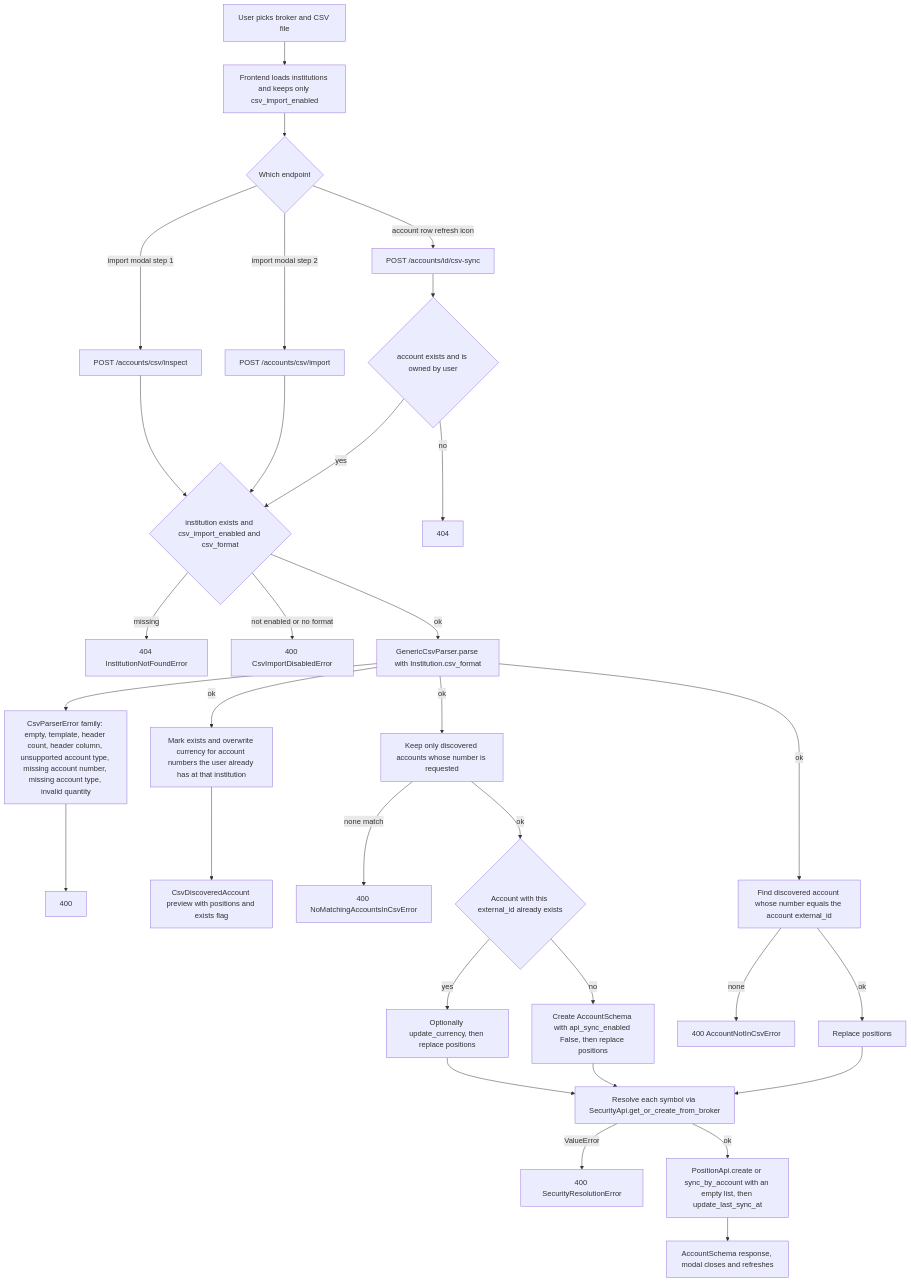
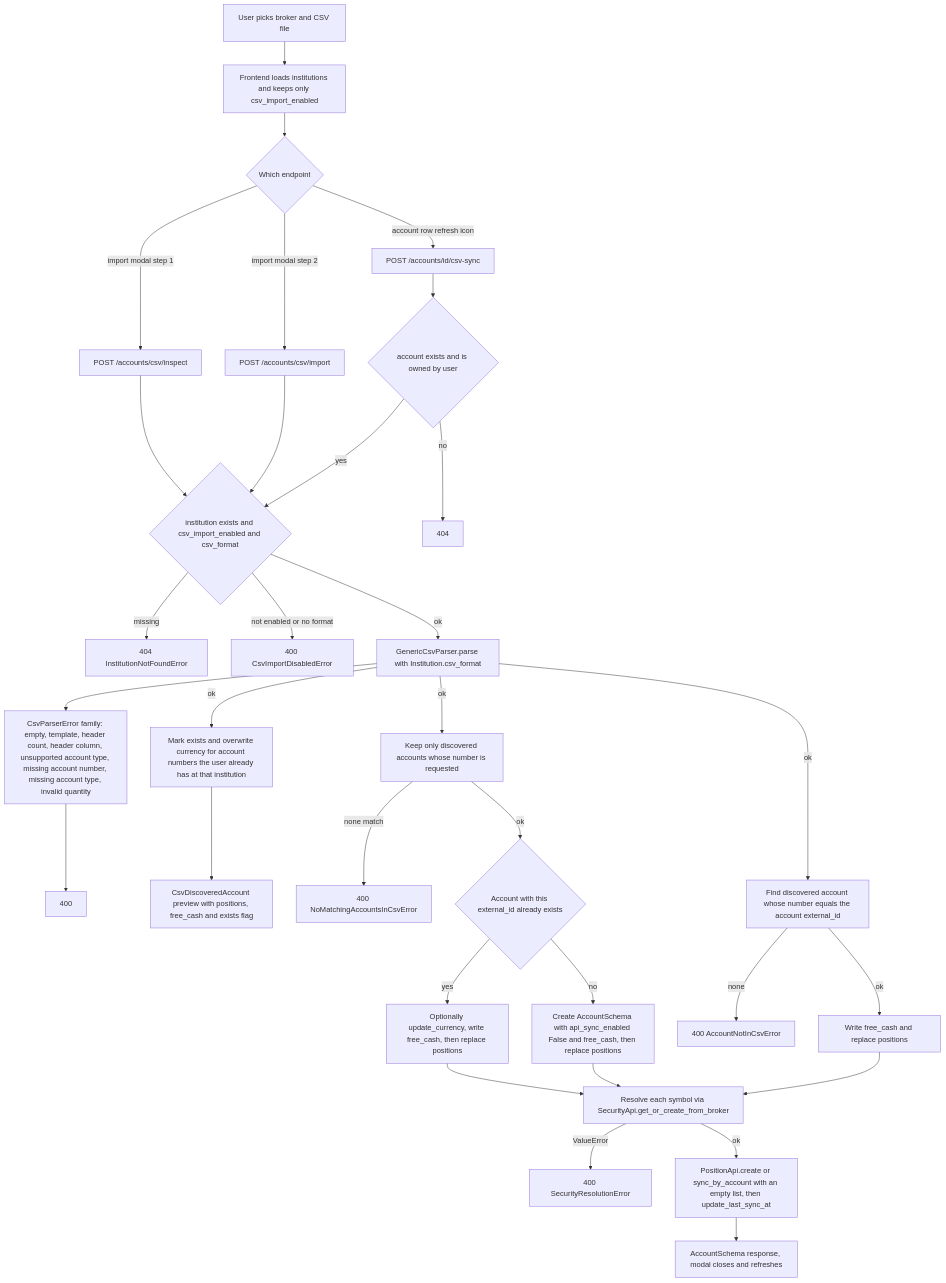
The first of 2 diagrams in openwiki/workflows/csv-import.md (havekes/retail-portfolio), drawn with Mermaid before and after one commit. The commit also changed other lines of this file and 51 other files, not shown here.

````diff
--- a/openwiki/workflows/csv-import.md
+++ b/openwiki/workflows/csv-import.md
@@ -249,39 +276,39 @@
 ```mermaid
 flowchart TD
   Start["User picks broker and CSV file"] --> Load["Frontend loads institutions and keeps only csv_import_enabled"]
   Load --> Mode{"Which endpoint"}
   Mode -- "import modal step 1" --> Inspect["POST /accounts/csv/inspect"]
   Mode -- "import modal step 2" --> Import["POST /accounts/csv/import"]
   Mode -- "account row refresh icon" --> Sync["POST /accounts/id/csv-sync"]
 
   Inspect --> Gate{"institution exists and csv_import_enabled and csv_format"}
   Import --> Gate
   Sync --> SyncGate{"account exists and is owned by user"}
   SyncGate -- no --> NotFound["404"]
   SyncGate -- yes --> Gate
   Gate -- "missing" --> InstErr["404 InstitutionNotFoundError"]
   Gate -- "not enabled or no format" --> DisabledErr["400 CsvImportDisabledError"]
   Gate -- ok --> Parse["GenericCsvParser.parse with Institution.csv_format"]
 
   Parse --> ParseErr["CsvParserError family: empty, template, header count, header column, unsupported account type, missing account number, missing account type, invalid quantity"]
   ParseErr --> Bad["400"]
   Parse -- ok --> InspectMark["Mark exists and overwrite currency for account numbers the user already has at that institution"]
-  InspectMark --> Preview["CsvDiscoveredAccount preview with positions and exists flag"]
+  InspectMark --> Preview["CsvDiscoveredAccount preview with positions, free_cash and exists flag"]
 
   Parse -- ok --> Select["Keep only discovered accounts whose number is requested"]
   Select -- "none match" --> NoMatch["400 NoMatchingAccountsInCsvError"]
   Select -- ok --> Exists{"Account with this external_id already exists"}
-  Exists -- yes --> UpdateCur["Optionally update_currency, then replace positions"]
-  Exists -- no --> Create["Create AccountSchema with api_sync_enabled False, then replace positions"]
+  Exists -- yes --> UpdateCur["Optionally update_currency, write free_cash, then replace positions"]
+  Exists -- no --> Create["Create AccountSchema with api_sync_enabled False and free_cash, then replace positions"]
 
   Parse -- ok --> Find["Find discovered account whose number equals the account external_id"]
   Find -- "none" --> NotInCsv["400 AccountNotInCsvError"]
-  Find -- ok --> Replace["Replace positions"]
+  Find -- ok --> Replace["Write free_cash and replace positions"]
 
   UpdateCur --> Resolve
   Create --> Resolve
   Replace --> Resolve["Resolve each symbol via SecurityApi.get_or_create_from_broker"]
   Resolve -- "ValueError" --> SecErr["400 SecurityResolutionError"]
   Resolve -- ok --> Write["PositionApi.create or sync_by_account with an empty list, then update_last_sync_at"]
   Write --> Done["AccountSchema response, modal closes and refreshes"]
 ```
````
